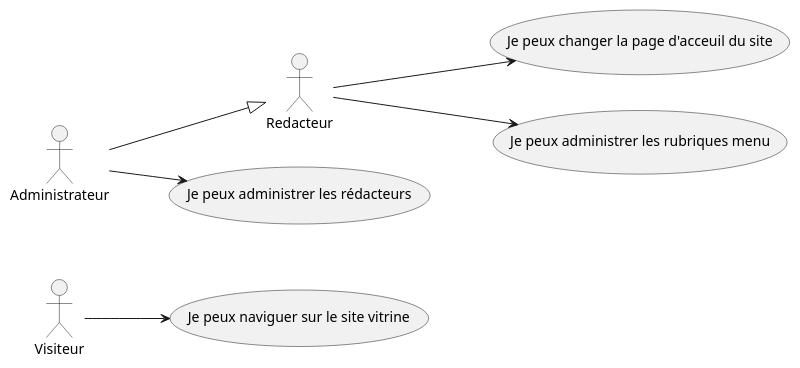
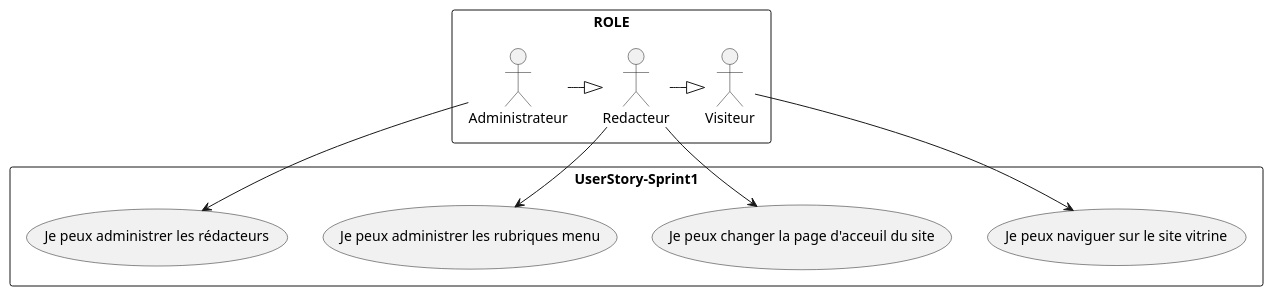
One commit to lepetitglacon/SIO_musculation changed the diagram in docs/Sprint1/User Story.puml. Above: the diagram before and after it, drawn with PlantUML. The commit also changed 4 other files, not shown here.

```diff
--- a/docs/Sprint1/User Story.puml
+++ b/docs/Sprint1/User Story.puml
@@ -1,14 +1,23 @@
 @startuml
-left to right direction
 
-Visiteur as V
-Redacteur as R
-Administrateur as A
 
-A--|>R
+rectangle ROLE{
+    Visiteur as V
+    Redacteur as R
+    Administrateur as A
+}
 
-V-->(Je peux naviguer sur le site vitrine)
-R-->(Je peux changer la page d'acceuil du site)
-R-->(Je peux administrer les rubriques menu)
-A-->(Je peux administrer les rédacteurs)
+
+
+R-|>V
+A-|>R
+
+
+rectangle UserStory-Sprint1{
+    V-->(Je peux naviguer sur le site vitrine)
+    R-->(Je peux changer la page d'acceuil du site)
+    R-->(Je peux administrer les rubriques menu)
+    A-->(Je peux administrer les rédacteurs)
+}
+
 @enduml
```
